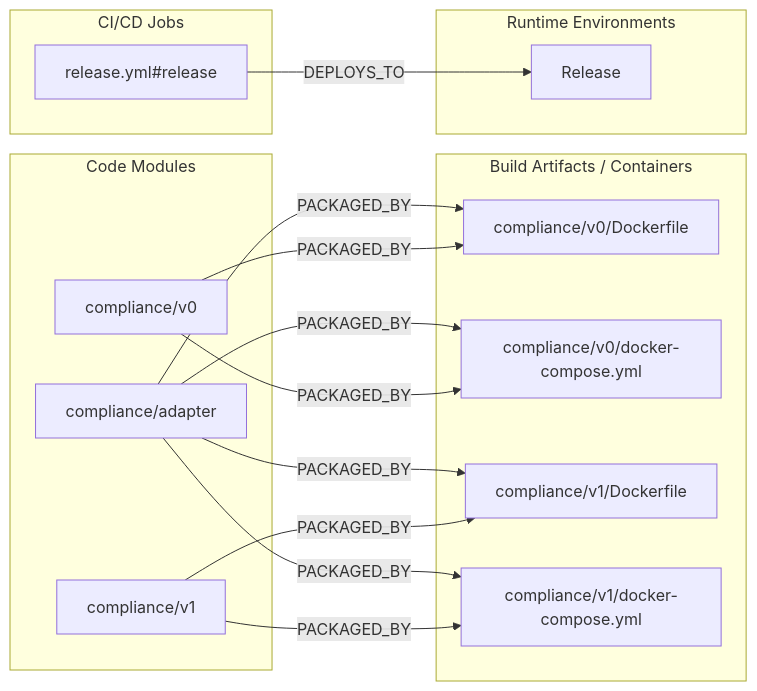
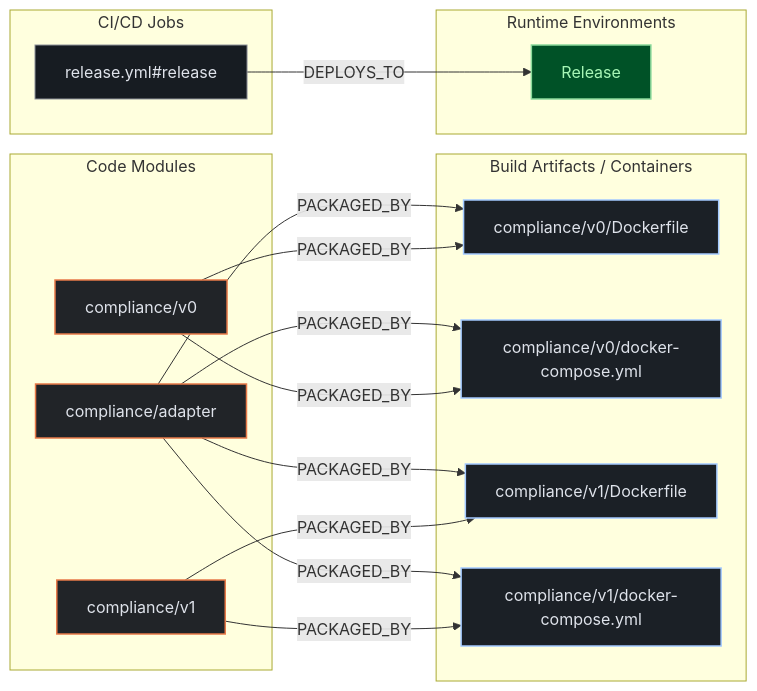
Before and after one commit to kumarshaz/atruss-code-atlas: the second of 3 diagrams in exports/latest/reports/PostHog-posthog-rs-report.md, drawn with Mermaid. The commit also changed other lines of this file and 331 other files, not shown here.

Commit message:
docs,ui,fix: update SDLC docs, reorder CI/CD DAG first, stylize Mermaid, and fix Arc42 pipeline topology

````diff
--- a/exports/latest/reports/PostHog-posthog-rs-report.md
+++ b/exports/latest/reports/PostHog-posthog-rs-report.md
@@ -204,29 +211,33 @@
 ```mermaid
 flowchart LR
+    classDef atlasCategory fill:#212428,stroke:#E87A48,stroke-width:1.5px,color:#dfe3eb
+    classDef atlasWorkflow fill:#1b2026,stroke:#a3c9ff,stroke-width:1.5px,color:#dfe3eb
+    classDef atlasJob fill:#171c22,stroke:#8d9199,stroke-width:1px,color:#dfe3eb
+    classDef atlasTarget fill:#005227,stroke:#8bd99b,stroke-width:1.5px,color:#a7f6b6
     subgraph code_modules["Code Modules"]
-        mod_compliance_adapter["compliance/adapter"]
-        mod_compliance_v0["compliance/v0"]
-        mod_compliance_v1["compliance/v1"]
+        mod_compliance_adapter["compliance/adapter"]:::atlasCategory
+        mod_compliance_v0["compliance/v0"]:::atlasCategory
+        mod_compliance_v1["compliance/v1"]:::atlasCategory
     end
     subgraph build_artifacts["Build Artifacts / Containers"]
-        art_compliance_v0_Dockerfile["compliance/v0/Dockerfile"]
-        art_compliance_v0_docker_compose_yml["compliance/v0/docker-compose.yml"]
-        art_compliance_v1_Dockerfile["compliance/v1/Dockerfile"]
-        art_compliance_v1_docker_compose_yml["compliance/v1/docker-compose.yml"]
+        art_compliance_v0_Dockerfile["compliance/v0/Dockerfile"]:::atlasWorkflow
+        art_compliance_v0_docker_compose_yml["compliance/v0/docker-compose.yml"]:::atlasWorkflow
+        art_compliance_v1_Dockerfile["compliance/v1/Dockerfile"]:::atlasWorkflow
+        art_compliance_v1_docker_compose_yml["compliance/v1/docker-compose.yml"]:::atlasWorkflow
     end
     subgraph ci_jobs["CI/CD Jobs"]
-        job_release_yml_release["release.yml#release"]
+        job_release_yml_release["release.yml#release"]:::atlasJob
     end
     subgraph runtime_envs["Runtime Environments"]
-        env_Release["Release"]
+        env_Release["Release"]:::atlasTarget
     end
     job_release_yml_release -->|DEPLOYS_TO| env_Release
     mod_compliance_adapter -->|PACKAGED_BY| art_compliance_v0_Dockerfile
     mod_compliance_adapter -->|PACKAGED_BY| art_compliance_v0_docker_compose_yml
     mod_compliance_adapter -->|PACKAGED_BY| art_compliance_v1_Dockerfile
     mod_compliance_adapter -->|PACKAGED_BY| art_compliance_v1_docker_compose_yml
     mod_compliance_v0 -->|PACKAGED_BY| art_compliance_v0_Dockerfile
     mod_compliance_v0 -->|PACKAGED_BY| art_compliance_v0_docker_compose_yml
     mod_compliance_v1 -->|PACKAGED_BY| art_compliance_v1_Dockerfile
     mod_compliance_v1 -->|PACKAGED_BY| art_compliance_v1_docker_compose_yml
 ```
````
